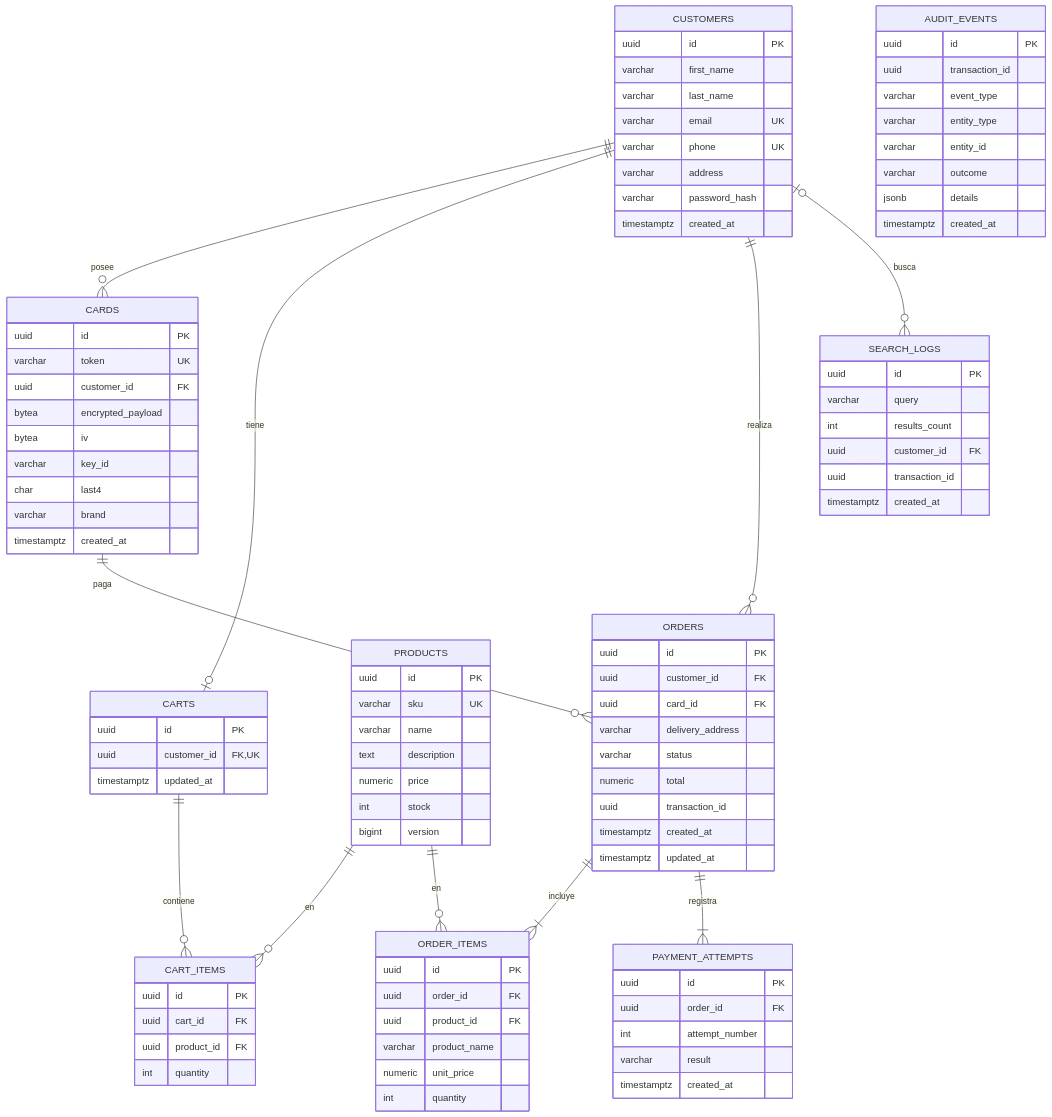
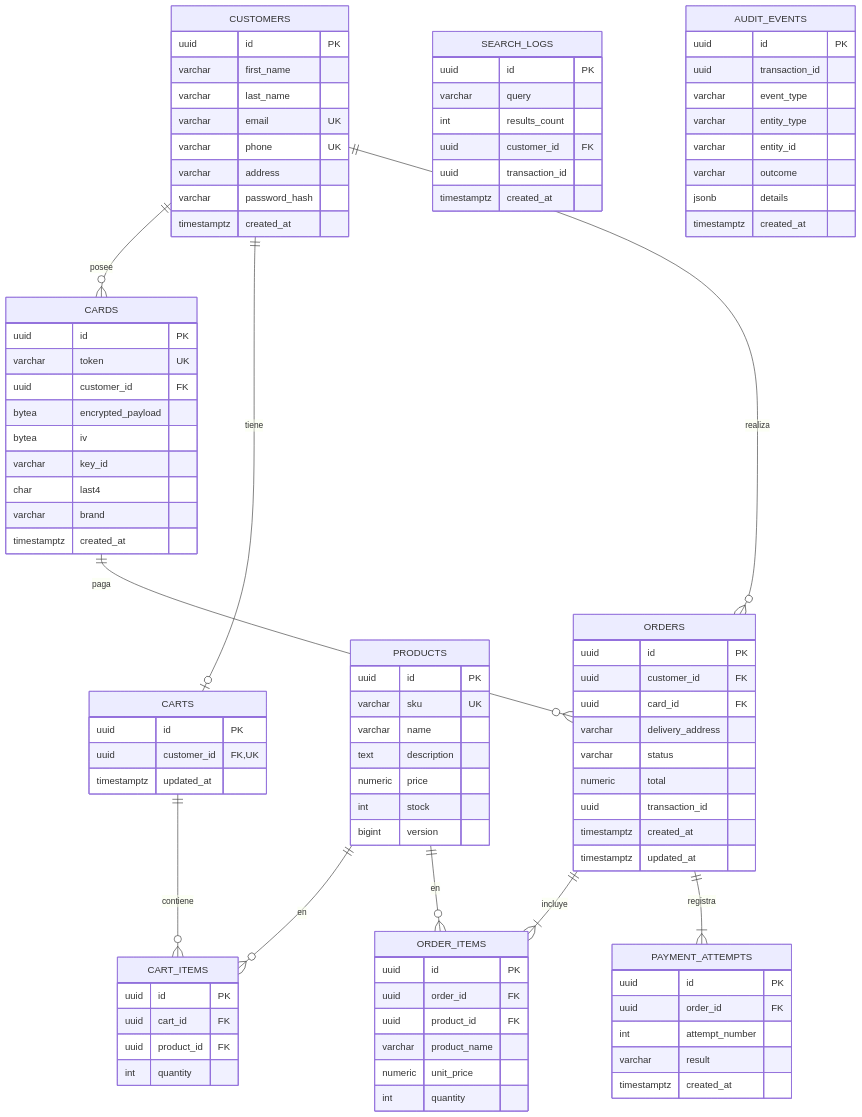
One commit to AndyNeri/payment-tokenization-system changed the diagram in docs/data-model.md. Above: the diagram before and after it, drawn with Mermaid. The commit also changed other lines of this file and 4 other files, not shown here.

Commit message:
docs: ADR-011, validación de existencia del cliente en JWT y search_logs sin FK

```diff
--- a/docs/data-model.md
+++ b/docs/data-model.md
@@ -16,7 +16,6 @@
     ORDERS ||--|{ ORDER_ITEMS : "incluye"
     PRODUCTS ||--o{ ORDER_ITEMS : "en"
     ORDERS ||--|{ PAYMENT_ATTEMPTS : "registra"
-    CUSTOMERS |o--o{ SEARCH_LOGS : "busca"
 
     CUSTOMERS {
         uuid id PK
```
